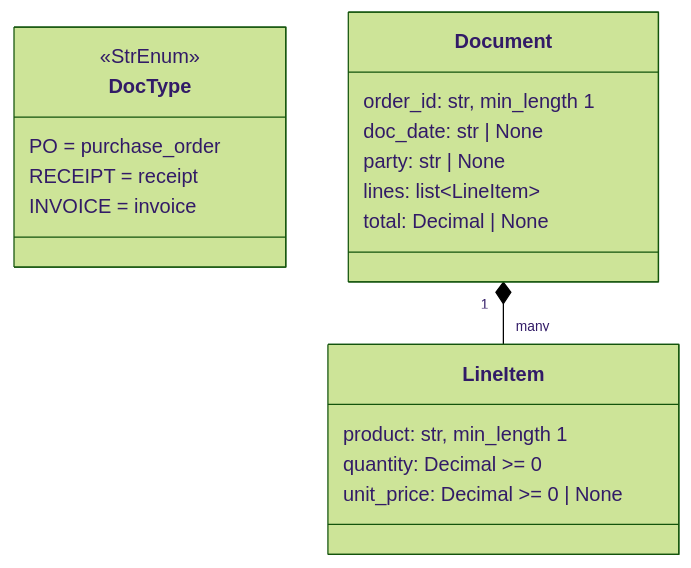
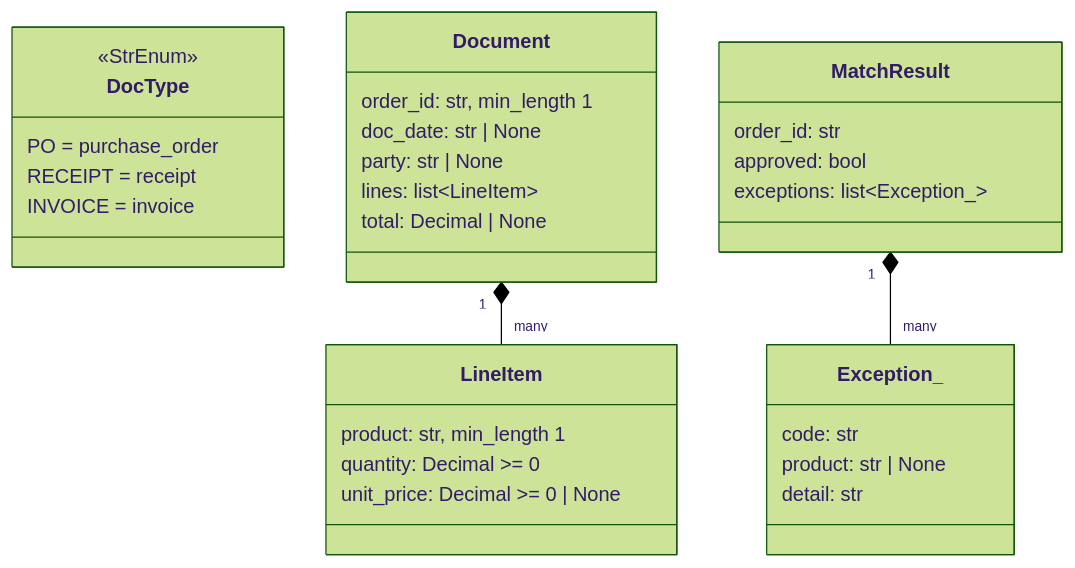
One commit to DevLCodes/three-way-match changed the diagram in docs/LLD.md. Above: the diagram before and after it, drawn with Mermaid (forest theme). The commit also changed other lines of this file and 5 other files, not shown here.

Commit message:
Step 02.1: rule-based three-way matcher, clean order approved

````diff
--- a/docs/LLD.md
+++ b/docs/LLD.md
@@ -23,22 +24,33 @@
 ```mermaid
 classDiagram
     class DocType {
         <<StrEnum>>
         PO = purchase_order
         RECEIPT = receipt
         INVOICE = invoice
     }
     class LineItem {
         product: str, min_length 1
         quantity: Decimal >= 0
         unit_price: Decimal >= 0 | None
     }
     class Document {
         order_id: str, min_length 1
         doc_date: str | None
         party: str | None
         lines: list~LineItem~
         total: Decimal | None
     }
+    class Exception_ {
+        code: str
+        product: str | None
+        detail: str
+    }
+    class MatchResult {
+        order_id: str
+        approved: bool
+        exceptions: list~Exception_~
+    }
     Document "1" *-- "many" LineItem
+    MatchResult "1" *-- "many" Exception_
 ```
````
